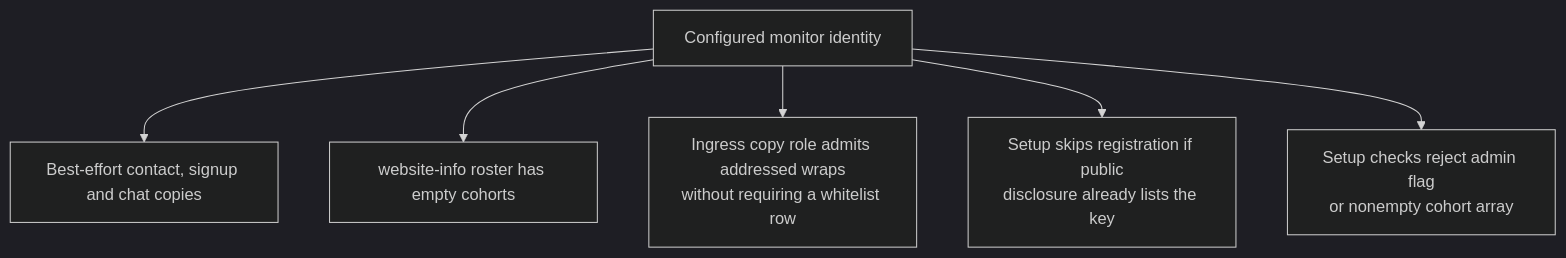
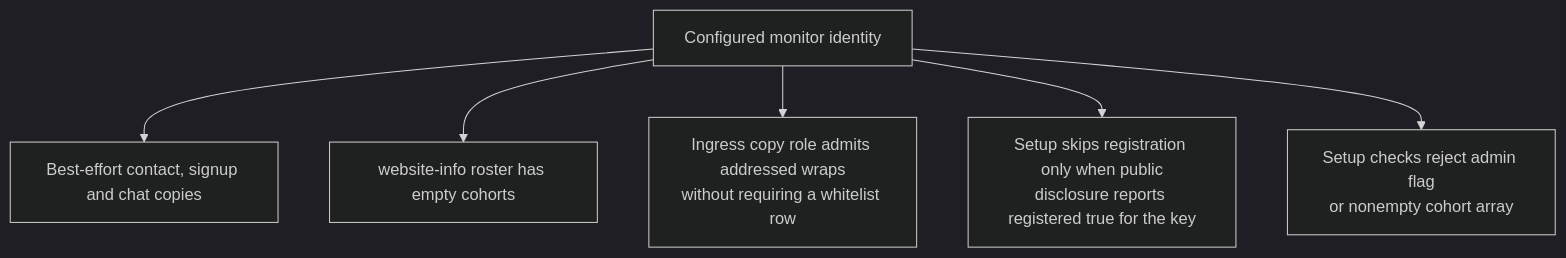
Before and after one commit to DreamLab-AI/VisionFlow: the seventh of 7 diagrams in docs/diagrams/dreamlab-ai-website/04-identity-zones-and-security-posture.md, drawn with Mermaid (dark theme). The commit also changed other lines of this file, not shown here.

First line of the commit message:
docs(diagrams): DW-04 — website-info registry check repaired at source; re-stamp

````diff
--- a/docs/diagrams/dreamlab-ai-website/04-identity-zones-and-security-posture.md
+++ b/docs/diagrams/dreamlab-ai-website/04-identity-zones-and-security-posture.md
@@ -128,15 +129,15 @@
 ```mermaid
 flowchart TB
     %% Source: ../dreamlab-ai-website/.github/workflows/deploy.yml:80
     A["Configured monitor identity"]
     %% Source: ../dreamlab-ai-website/src/lib/nostr.ts:352
     A --> B["Best-effort contact, signup and chat copies"]
     %% Source: ../dreamlab-ai-website/forum-config/dreamlab.toml:407
     A --> C["website-info roster has empty cohorts"]
     %% Source: ../dreamlab-ai-website/forum-config/dreamlab.toml:435
     A --> D["Ingress copy role admits addressed wraps<br/>without requiring a whitelist row"]
     %% Source: ../dreamlab-ai-website/scripts/seed/provision-website-info.mjs:97
-    A --> E["Setup skips registration if public<br/>disclosure already lists the key"]
+    A --> E["Setup skips registration only when public<br/>disclosure reports registered true for the key"]
     %% Source: ../dreamlab-ai-website/scripts/lib/website-info.mjs:100
     A --> F["Setup checks reject admin flag<br/>or nonempty cohort array"]
 ```
````
